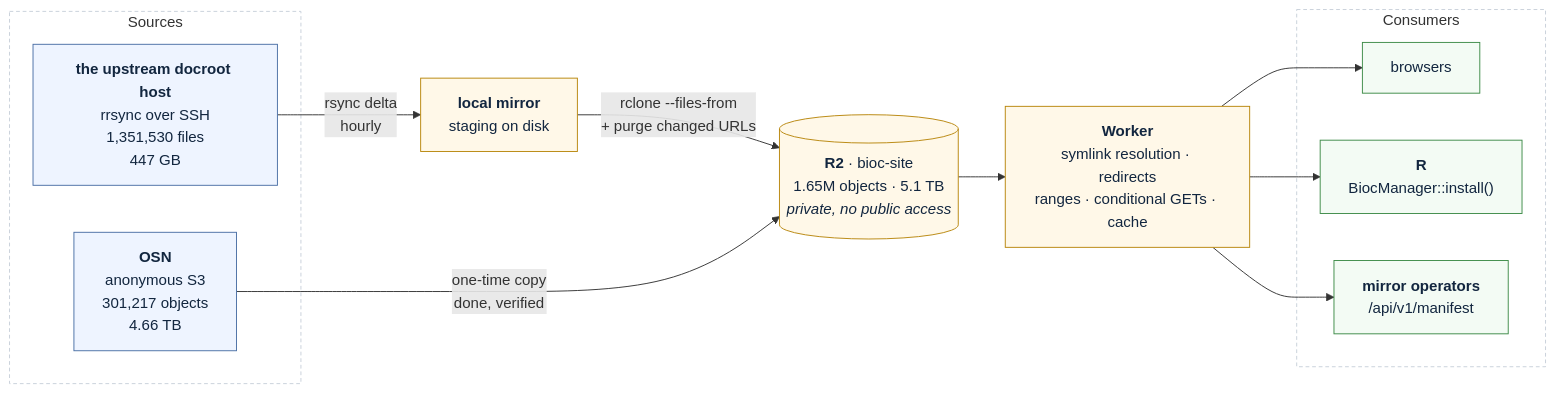
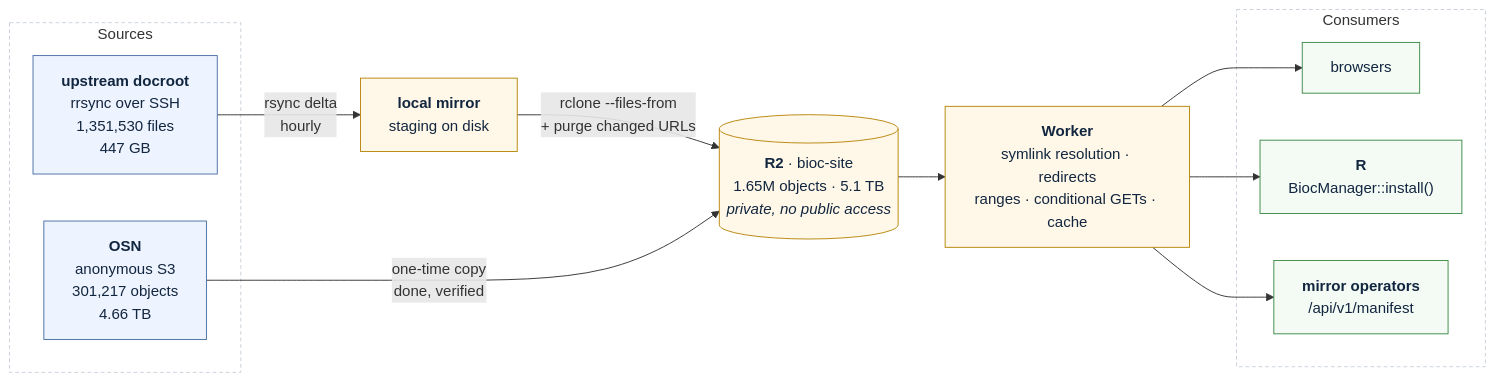
The first of 3 diagrams in README.md (seandavi/bioc-edge), drawn with Mermaid before and after one commit. The commit also changed other lines of this file and 10 other files, not shown here.

````diff
--- a/README.md
+++ b/README.md
@@ -33,34 +33,34 @@
 ```mermaid
 flowchart LR
   subgraph src[Sources]
-    W["<b>the upstream docroot host</b><br/>rrsync over SSH<br/>1,351,530 files<br/>447 GB"]
+    W["<b>upstream docroot</b><br/>rrsync over SSH<br/>1,351,530 files<br/>447 GB"]
     O["<b>OSN</b><br/>anonymous S3<br/>301,217 objects<br/>4.66 TB"]
   end
 
   M["<b>local mirror</b><br/>staging on disk"]
   R[("<b>R2</b> · bioc-site<br/>1.65M objects · 5.1 TB<br/><i>private, no public access</i>")]
   K["<b>Worker</b><br/>symlink resolution · redirects<br/>ranges · conditional GETs · cache"]
 
   subgraph out[Consumers]
     B["browsers"]
     RR["<b>R</b><br/>BiocManager::install()"]
     MI["<b>mirror operators</b><br/>/api/v1/manifest"]
   end
 
   W -- "rsync delta<br/>hourly" --> M
   M -- "rclone --files-from<br/>+ purge changed URLs" --> R
   O -- "one-time copy<br/>done, verified" --> R
   R --> K
   K --> B
   K --> RR
   K --> MI
 
   classDef s fill:#eef4ff,stroke:#4a6fa5,color:#12263f
   classDef c fill:#f3fbf4,stroke:#3d8b47,color:#12263f
   classDef m fill:#fff8e8,stroke:#b8860b,color:#12263f
   class W,O s
   class B,RR,MI c
   class M,R,K m
   style src fill:transparent,stroke:#c8d1da,stroke-dasharray:4 3
   style out fill:transparent,stroke:#c8d1da,stroke-dasharray:4 3
 ```
````
